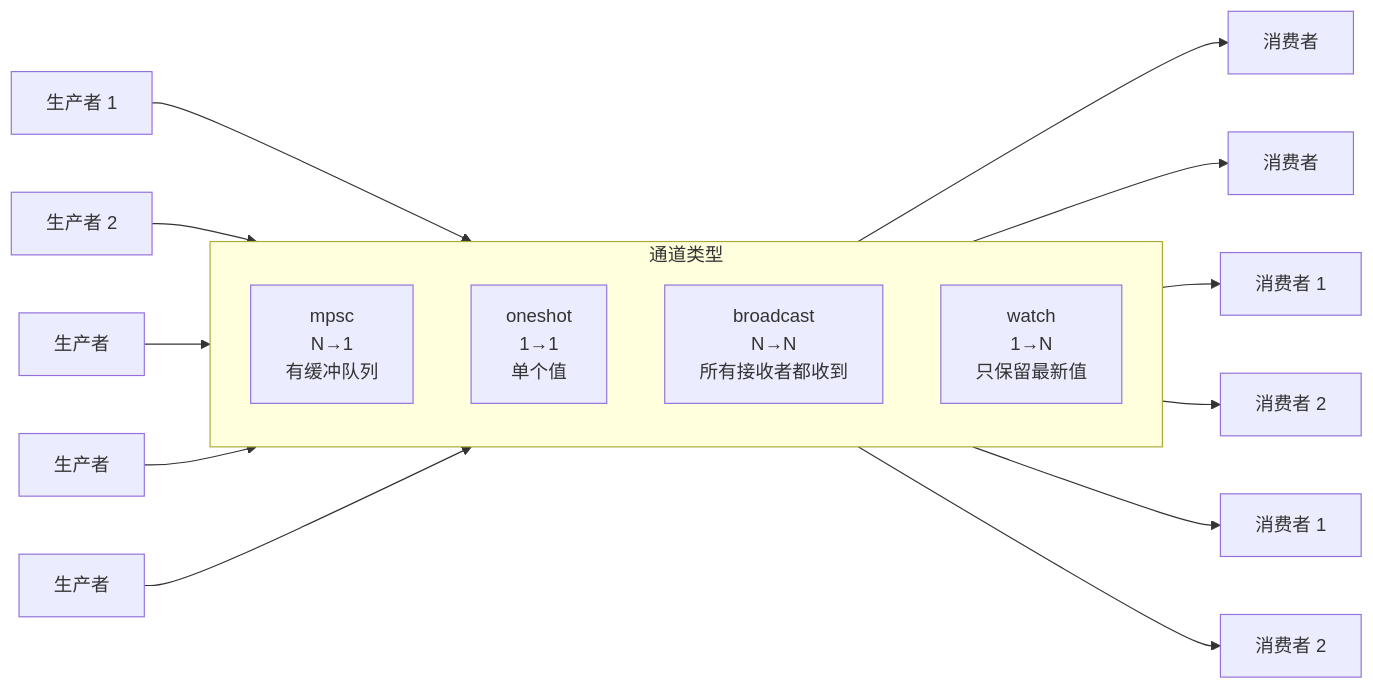
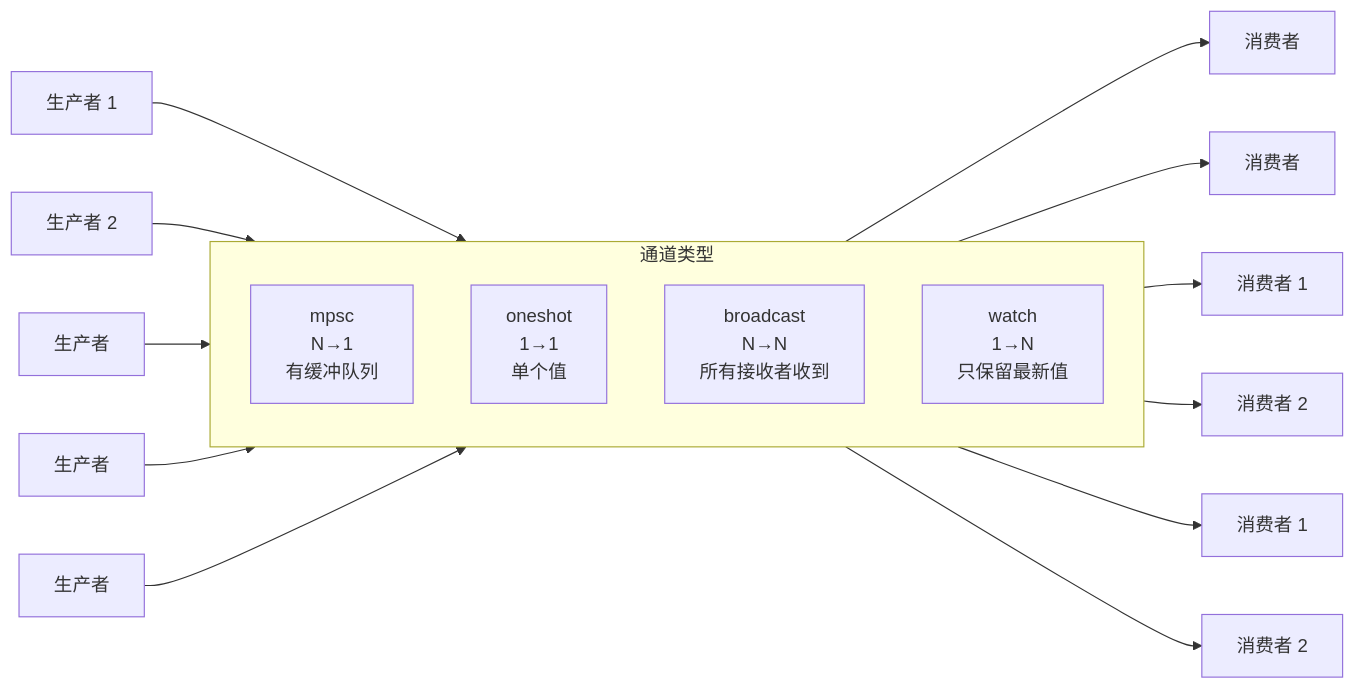
The second of 3 diagrams in async-book/src-zh/ch08-tokio-deep-dive.md (hearsay316/RustTraining), drawn with Mermaid before and after one commit. The commit also changed other lines of this file and 20 other files, not shown here.

````diff
--- a/async-book/src-zh/ch08-tokio-deep-dive.md
+++ b/async-book/src-zh/ch08-tokio-deep-dive.md
@@ -197,25 +256,25 @@
 ```mermaid
 graph LR
     subgraph "通道类型"
         direction TB
         MPSC["mpsc<br/>N→1<br/>有缓冲队列"]
         ONESHOT["oneshot<br/>1→1<br/>单个值"]
-        BROADCAST["broadcast<br/>N→N<br/>所有接收者都收到"]
+        BROADCAST["broadcast<br/>N→N<br/>所有接收者收到"]
         WATCH["watch<br/>1→N<br/>只保留最新值"]
     end
 
     P1["生产者 1"] --> MPSC
     P2["生产者 2"] --> MPSC
     MPSC --> C1["消费者"]
 
     P3["生产者"] --> ONESHOT
     ONESHOT --> C2["消费者"]
 
     P4["生产者"] --> BROADCAST
     BROADCAST --> C3["消费者 1"]
     BROADCAST --> C4["消费者 2"]
 
     P5["生产者"] --> WATCH
     WATCH --> C5["消费者 1"]
     WATCH --> C6["消费者 2"]
 ```
````
